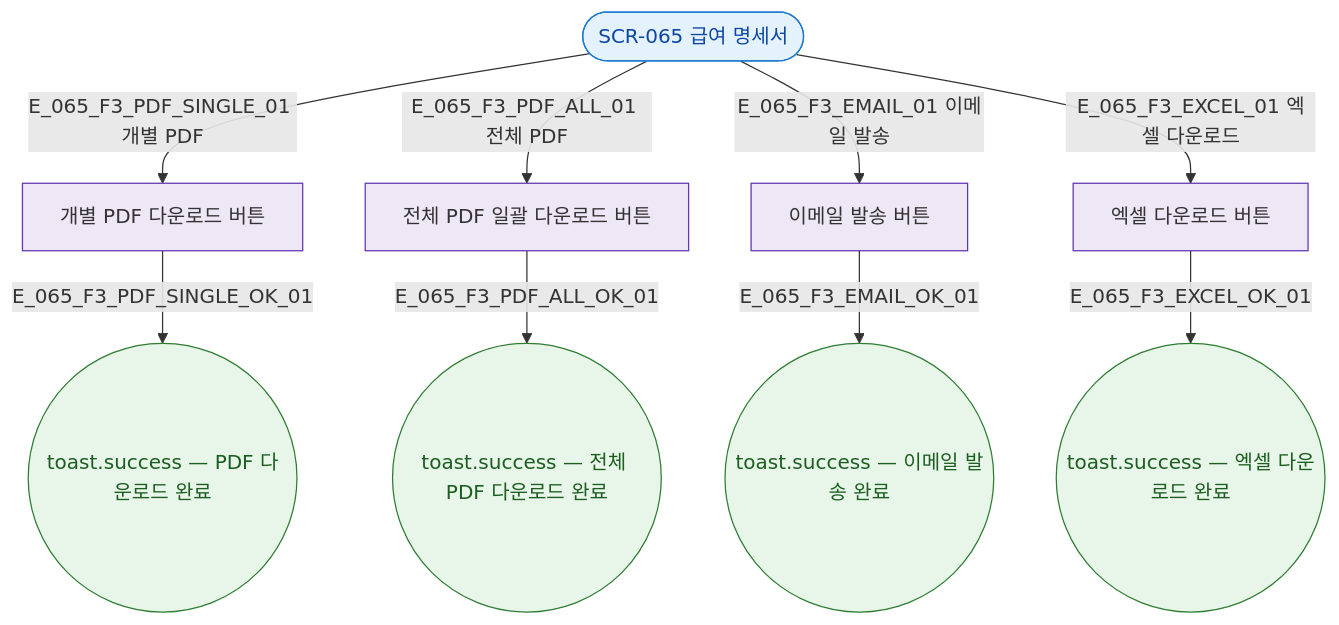
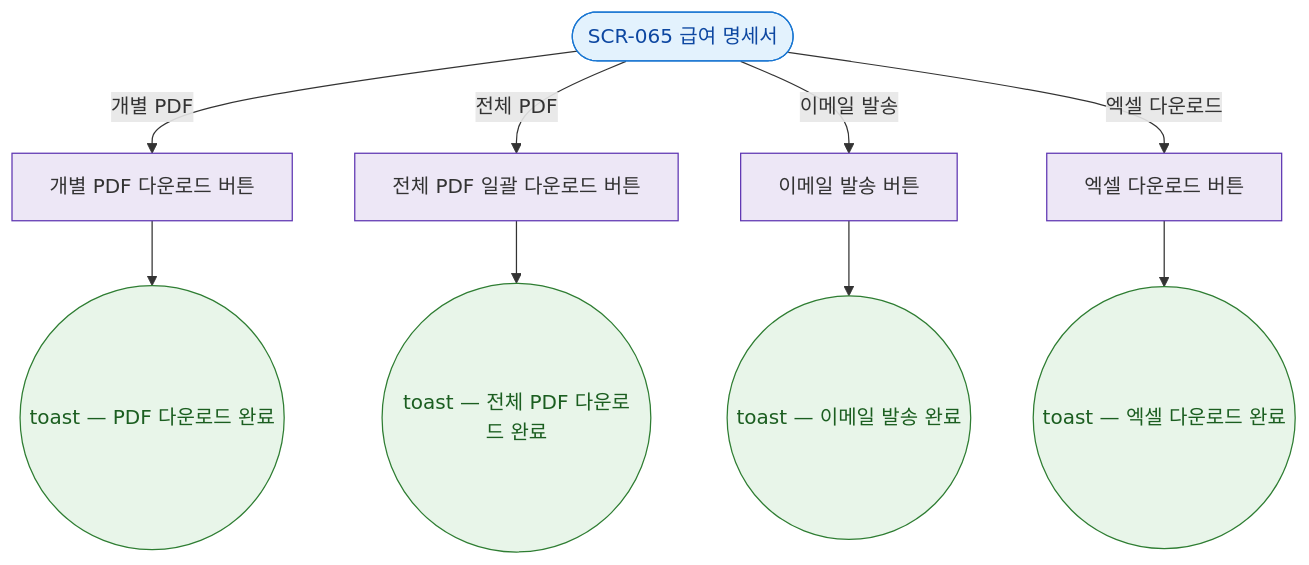
Before and after one commit to dev-spogym/admin-pando: the diagram in docs/다이어그램/D07_직원관리/SCR-065_급여명세서/F3_버튼액션.md, drawn with Mermaid. The commit also changed other lines of this file and 1660 other files, not shown here.

First line of the commit message:
다이어그램: 기획자/클라이언트 납품본으로 정리

````diff
--- a/docs/다이어그램/D07_직원관리/SCR-065_급여명세서/F3_버튼액션.md
+++ b/docs/다이어그램/D07_직원관리/SCR-065_급여명세서/F3_버튼액션.md
@@ -14,22 +12,22 @@
 ```mermaid
 flowchart TD
   SCR_065([SCR-065 급여 명세서])
 
-  SCR_065 -->|E_065_F3_PDF_SINGLE_01 개별 PDF| BTN_PDF_SINGLE[개별 PDF 다운로드 버튼]
-  SCR_065 -->|E_065_F3_PDF_ALL_01 전체 PDF| BTN_PDF_ALL[전체 PDF 일괄 다운로드 버튼]
-  SCR_065 -->|E_065_F3_EMAIL_01 이메일 발송| BTN_EMAIL[이메일 발송 버튼]
-  SCR_065 -->|E_065_F3_EXCEL_01 엑셀 다운로드| BTN_EXCEL[엑셀 다운로드 버튼]
+  SCR_065 -->|개별 PDF|BTN_PDF_SINGLE[개별 PDF 다운로드 버튼]
+  SCR_065 -->|전체 PDF|BTN_PDF_ALL[전체 PDF 일괄 다운로드 버튼]
+  SCR_065 -->|이메일 발송|BTN_EMAIL[이메일 발송 버튼]
+  SCR_065 -->|엑셀 다운로드|BTN_EXCEL[엑셀 다운로드 버튼]
 
-  BTN_PDF_SINGLE -->|E_065_F3_PDF_SINGLE_OK_01| TOAST_PDF_OK((toast.success — PDF 다운로드 완료))
-  BTN_PDF_ALL -->|E_065_F3_PDF_ALL_OK_01| TOAST_PDF_ALL_OK((toast.success — 전체 PDF 다운로드 완료))
-  BTN_EMAIL -->|E_065_F3_EMAIL_OK_01| TOAST_EMAIL_OK((toast.success — 이메일 발송 완료))
-  BTN_EXCEL -->|E_065_F3_EXCEL_OK_01| TOAST_EXCEL_OK((toast.success — 엑셀 다운로드 완료))
+  BTN_PDF_SINGLE --> TOAST_PDF_OK((toast — PDF 다운로드 완료))
+  BTN_PDF_ALL --> TOAST_PDF_ALL_OK((toast — 전체 PDF 다운로드 완료))
+  BTN_EMAIL --> TOAST_EMAIL_OK((toast — 이메일 발송 완료))
+  BTN_EXCEL --> TOAST_EXCEL_OK((toast — 엑셀 다운로드 완료))
 
-  classDef screen  fill:#E3F2FD,stroke:#1976D2,color:#0D47A1
+  classDef screen fill:#E3F2FD,stroke:#1976D2,color:#0D47A1
   classDef success fill:#E8F5E9,stroke:#2E7D32,color:#1B5E20
-  classDef system  fill:#EDE7F6,stroke:#5E35B2
+  classDef system fill:#EDE7F6,stroke:#5E35B2
 
   class SCR_065 screen
   class TOAST_PDF_OK,TOAST_PDF_ALL_OK,TOAST_EMAIL_OK,TOAST_EXCEL_OK success
   class BTN_PDF_SINGLE,BTN_PDF_ALL,BTN_EMAIL,BTN_EXCEL system
 ```
````
